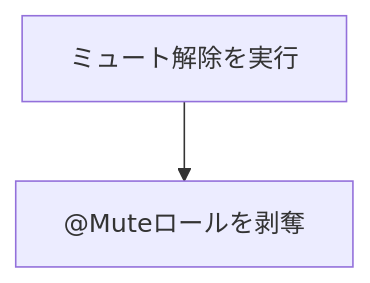
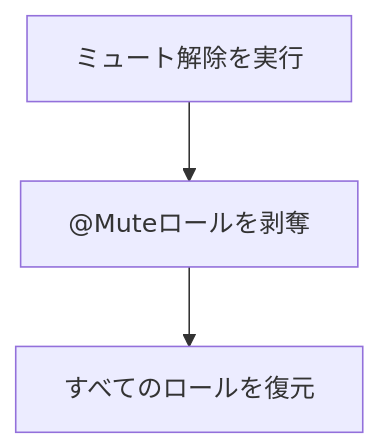
Before and after one commit to ry2x/discord-moderation-md-for-testserver: the second of 2 diagrams in mute.md, drawn with Mermaid. The commit also changed other lines of this file, not shown here.

````diff
--- a/mute.md
+++ b/mute.md
@@ -70,4 +72,5 @@
 ```mermaid
 graph TD;
     A[ミュート解除を実行] --> B[ @Muteロールを剥奪]
+    --> C[すべてのロールを復元]
 ```
````
